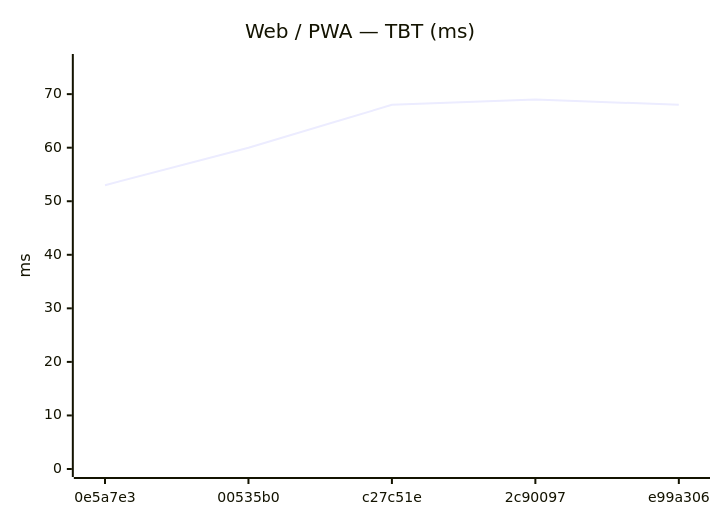
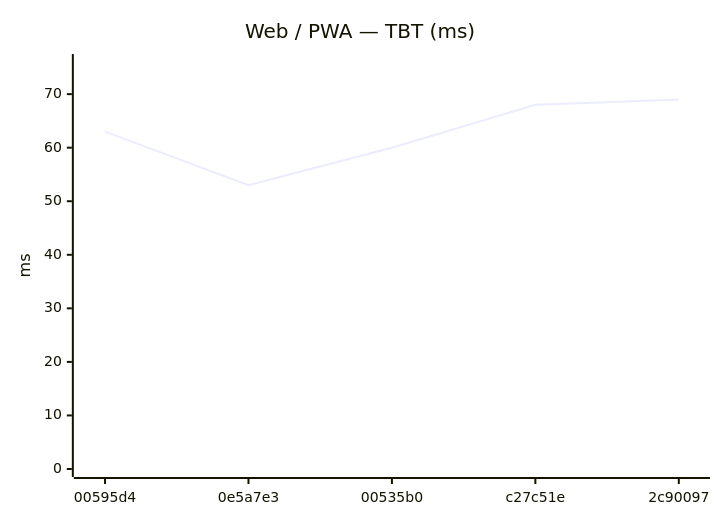
The tenth of 24 diagrams in benchmarks/compare.md (Metaheurist/Rianell), drawn with Mermaid before and after one commit. The commit also changed other lines of this file and 12 other files, not shown here.

````diff
--- a/benchmarks/compare.md
+++ b/benchmarks/compare.md
@@ -135,7 +139,7 @@
 ```mermaid
 xychart-beta
     title "Web / PWA — TBT (ms)"
-    x-axis ["0e5a7e3", "00535b0", "c27c51e", "2c90097", "e99a306"]
+    x-axis ["00595d4", "0e5a7e3", "00535b0", "c27c51e", "2c90097"]
     y-axis "ms" 0 --> 76
-    line [53, 60, 68, 69, 68]
+    line [63, 53, 60, 68, 69]
 ```
````
